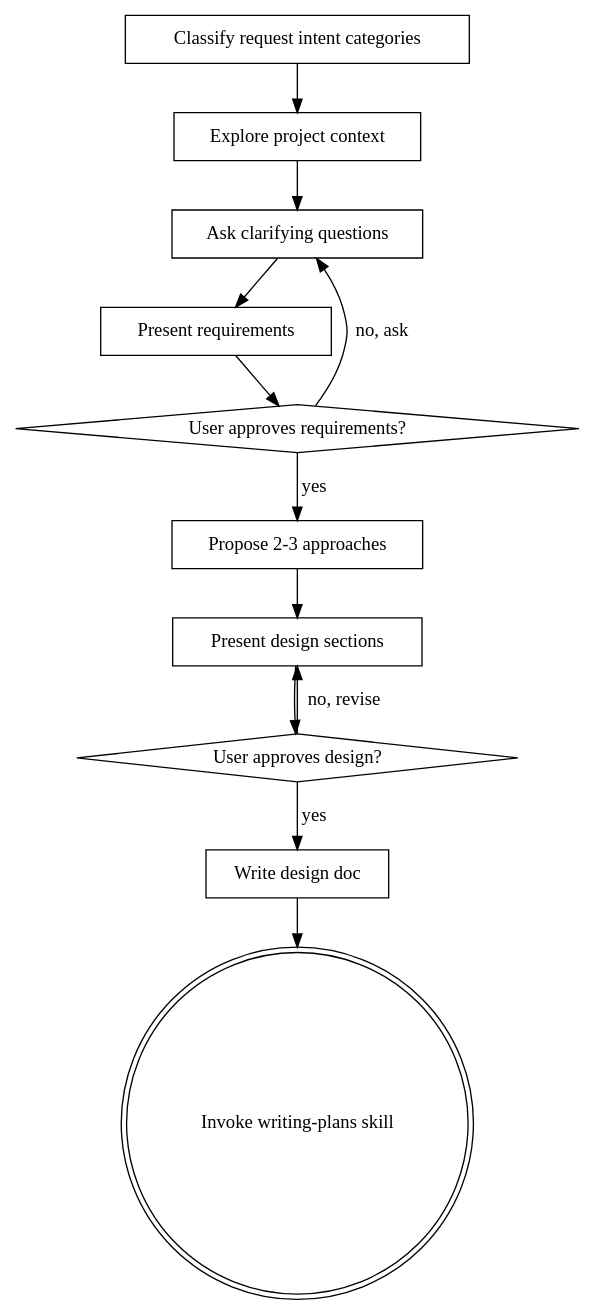
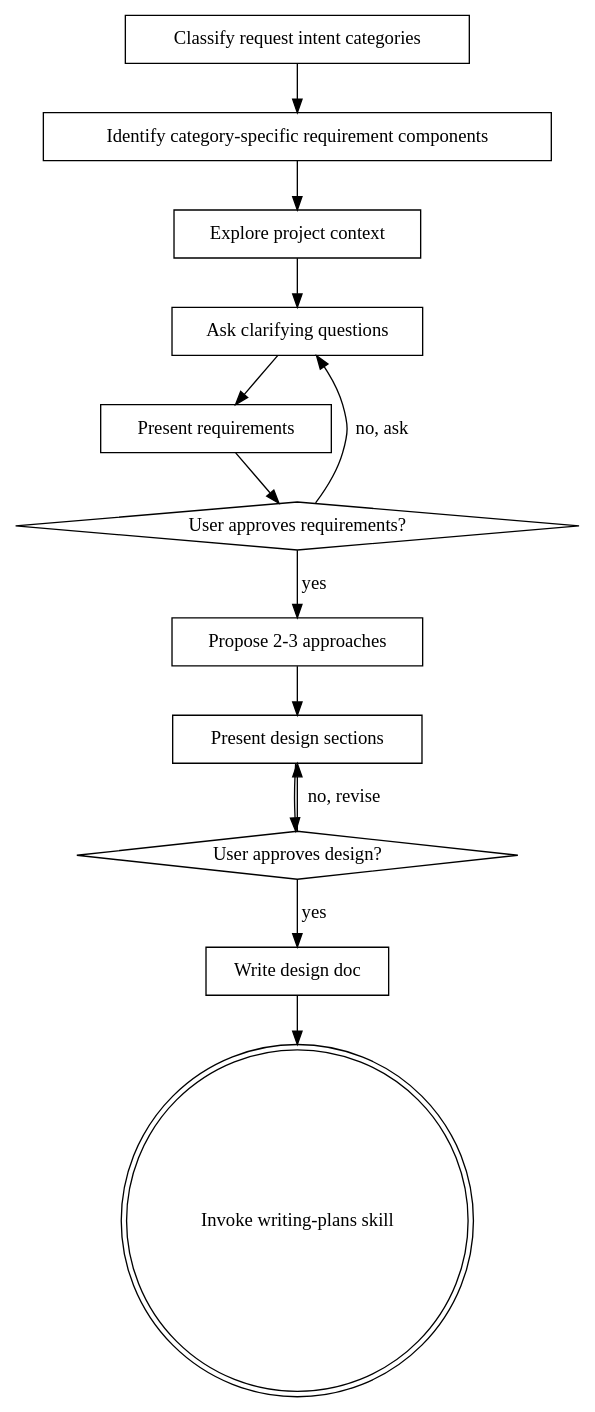
Before and after one commit to dongdokee/port-garden: the diagram in .agents/skills/brainstorming/SKILL.md, drawn with Graphviz. The commit also changed other lines of this file and 1 other file, not shown here.

````diff
--- a/.agents/skills/brainstorming/SKILL.md
+++ b/.agents/skills/brainstorming/SKILL.md
@@ -63,26 +38,28 @@
 ```dot
 digraph brainstorming {
     "Classify request intent categories" [shape=box];
+    "Identify category-specific requirement components" [shape=box];
     "Explore project context" [shape=box];
     "Ask clarifying questions" [shape=box];
     "Present requirements" [shape=box];
     "User approves requirements?" [shape=diamond];
     "Propose 2-3 approaches" [shape=box];
     "Present design sections" [shape=box];
     "User approves design?" [shape=diamond];
     "Write design doc" [shape=box];
     "Invoke writing-plans skill" [shape=doublecircle];
 
-    "Classify request intent categories" -> "Explore project context";
+    "Classify request intent categories" -> "Identify category-specific requirement components";
+    "Identify category-specific requirement components" -> "Explore project context";
     "Explore project context" -> "Ask clarifying questions";
     "Ask clarifying questions" -> "Present requirements";
     "Present requirements" -> "User approves requirements?";
     "User approves requirements?" -> "Ask clarifying questions" [label="no, ask"];
     "User approves requirements?" -> "Propose 2-3 approaches" [label="yes"];
     "Propose 2-3 approaches" -> "Present design sections";
     "Present design sections" -> "User approves design?";
     "User approves design?" -> "Present design sections" [label="no, revise"];
     "User approves design?" -> "Write design doc" [label="yes"];
     "Write design doc" -> "Invoke writing-plans skill";
 }
 ```
````
